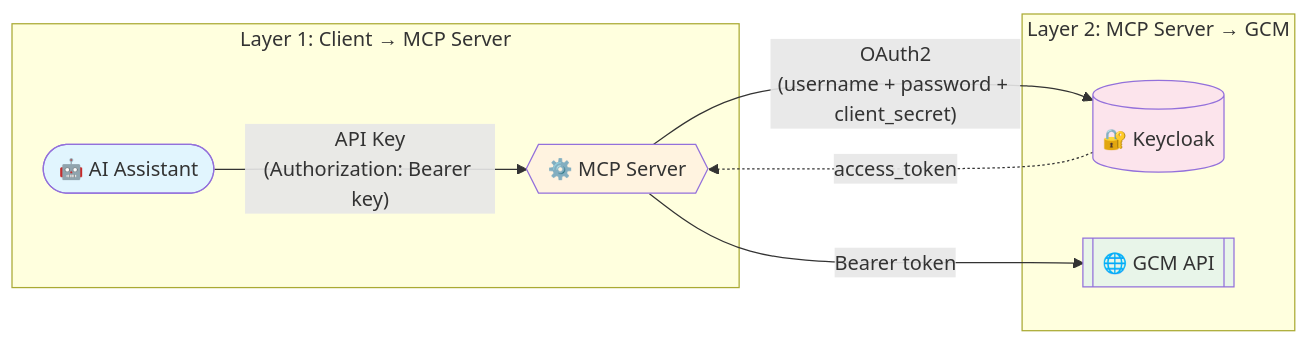
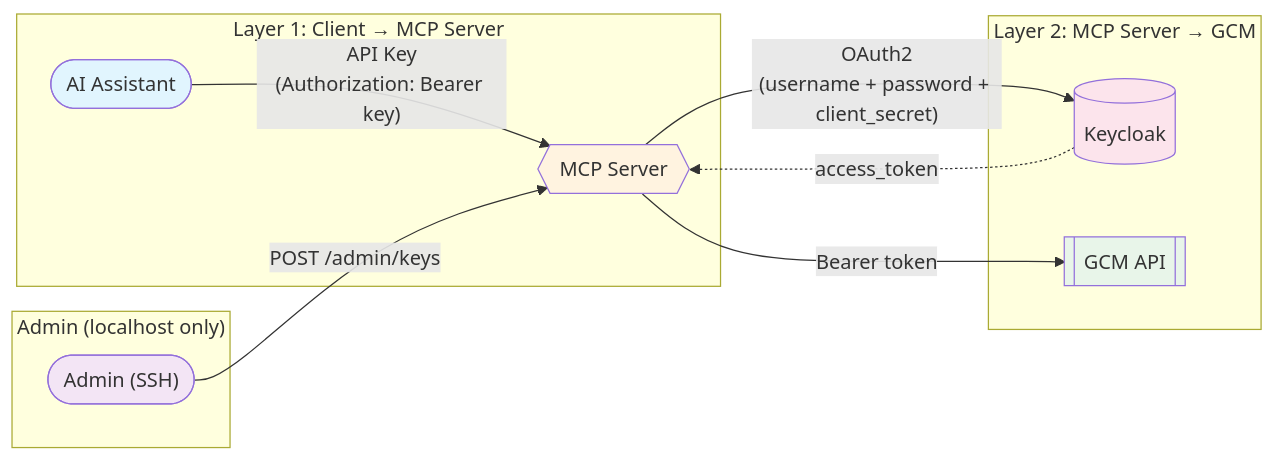
One commit to IBM/gcm-mcp-server changed the second of 4 diagrams in README.md. Above: the diagram before and after it, drawn with Mermaid. The commit also changed other lines of this file and 6 other files, not shown here.

First line of the commit message:
feat: admin-managed API key store with localhost-only endpoints

````diff
--- a/README.md
+++ b/README.md
@@ -234,18 +252,23 @@
 ```mermaid
 %%{init: {'theme': 'default'}}%%
 flowchart LR
     subgraph "Layer 1: Client → MCP Server"
-        A(["🤖 AI Assistant"]) -->|"API Key\n(Authorization: Bearer key)"| B{{"⚙️ MCP Server"}}
+        A(["AI Assistant"]) -->|"API Key\n(Authorization: Bearer key)"| B{{"MCP Server"}}
+    end
+
+    subgraph "Admin (localhost only)"
+        E(["Admin (SSH)"]) -->|"POST /admin/keys"| B
     end
 
     subgraph "Layer 2: MCP Server → GCM"
-        B -->|"OAuth2\n(username + password + client_secret)"| C[("🔐 Keycloak")]
+        B -->|"OAuth2\n(username + password + client_secret)"| C[("Keycloak")]
         C -.->|"access_token"| B
-        B -->|"Bearer token"| D[["🌐 GCM API"]]
+        B -->|"Bearer token"| D[["GCM API"]]
     end
 
     style A fill:#e1f5fe
     style B fill:#fff3e0
     style C fill:#fce4ec
     style D fill:#e8f5e9
+    style E fill:#f3e5f5
 ```
````
